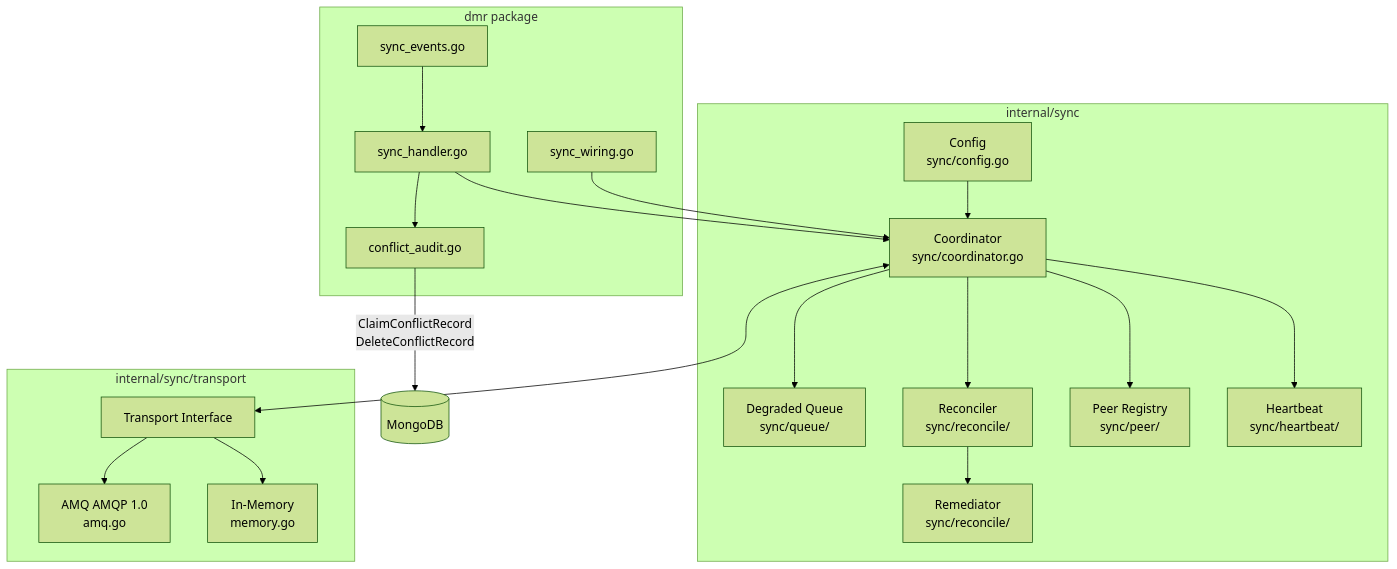
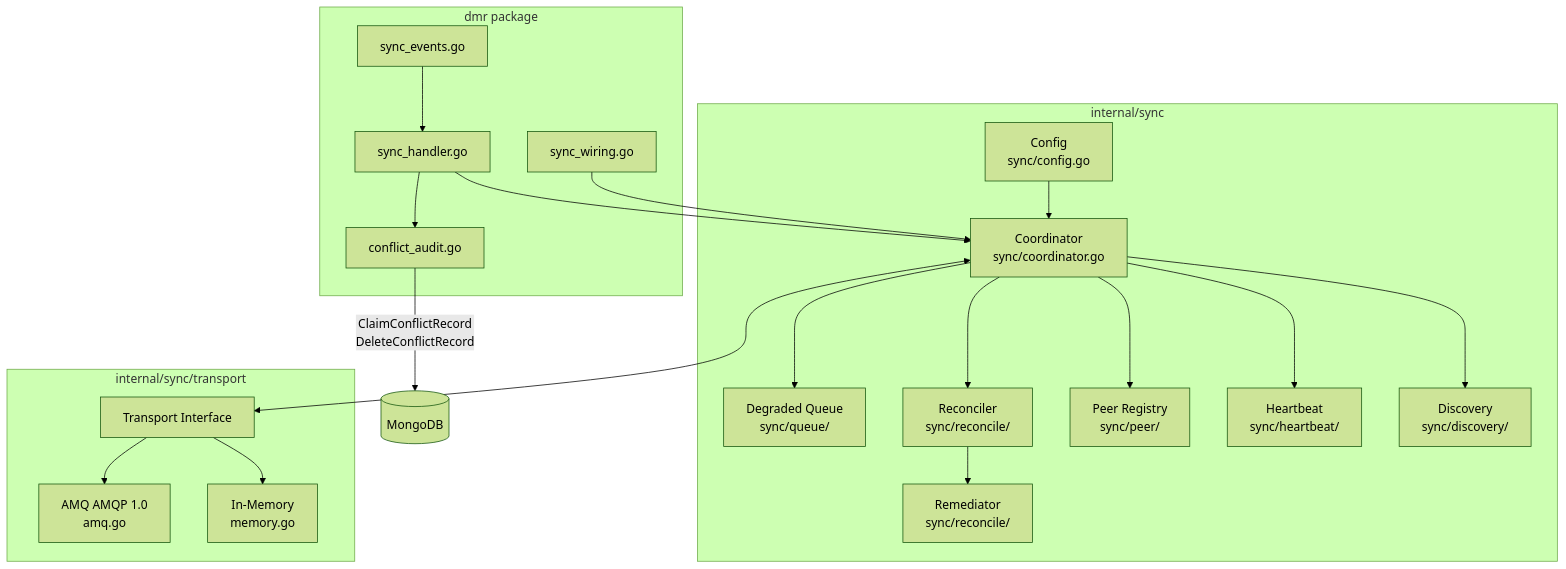
One commit to emirbh/misc changed the second of 17 diagrams in data-model-registry/dmr-sync-design.md. Above: the diagram before and after it, drawn with Mermaid (forest theme). The commit also changed other lines of this file, not shown here.

````diff
--- a/data-model-registry/dmr-sync-design.md
+++ b/data-model-registry/dmr-sync-design.md
@@ -177,41 +134,43 @@
 ```mermaid
 graph TB
     subgraph internal/sync
         CFG[Config\nsync/config.go]
         COORD[Coordinator\nsync/coordinator.go]
+        DISC[Discovery\nsync/discovery/]
         HB[Heartbeat\nsync/heartbeat/]
         REG[Peer Registry\nsync/peer/]
         REC[Reconciler\nsync/reconcile/]
         REM[Remediator\nsync/reconcile/]
         DQ[Degraded Queue\nsync/queue/]
 
         CFG --> COORD
+        COORD --> DISC
         COORD --> HB
         COORD --> REG
         COORD --> REC
         COORD --> DQ
         REC --> REM
     end
 
     subgraph internal/sync/transport
         TIF[Transport Interface]
         MEM[In-Memory\nmemory.go]
         AMQ[AMQ AMQP 1.0\namq.go]
         TIF --> MEM
         TIF --> AMQ
     end
 
     subgraph dmr package
         EV[sync_events.go]
         EH[sync_handler.go]
         WR[sync_wiring.go]
         AUDIT[conflict_audit.go]
     end
 
     COORD <--> TIF
     EH --> COORD
     EV --> EH
     WR --> COORD
     EH --> AUDIT
     AUDIT -->|ClaimConflictRecord\nDeleteConflictRecord| MongoDB[(MongoDB)]
 ```
````
